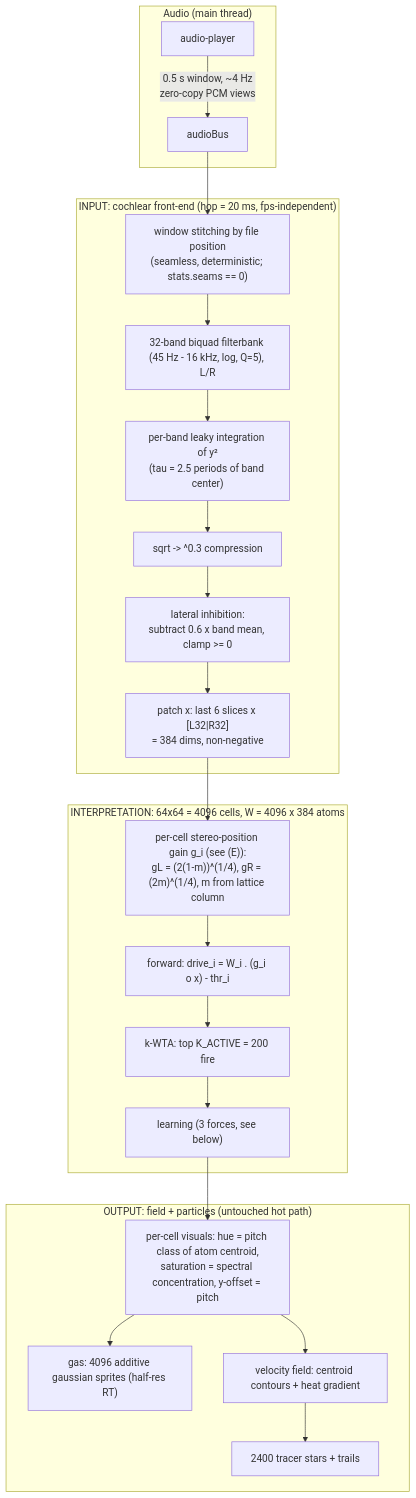
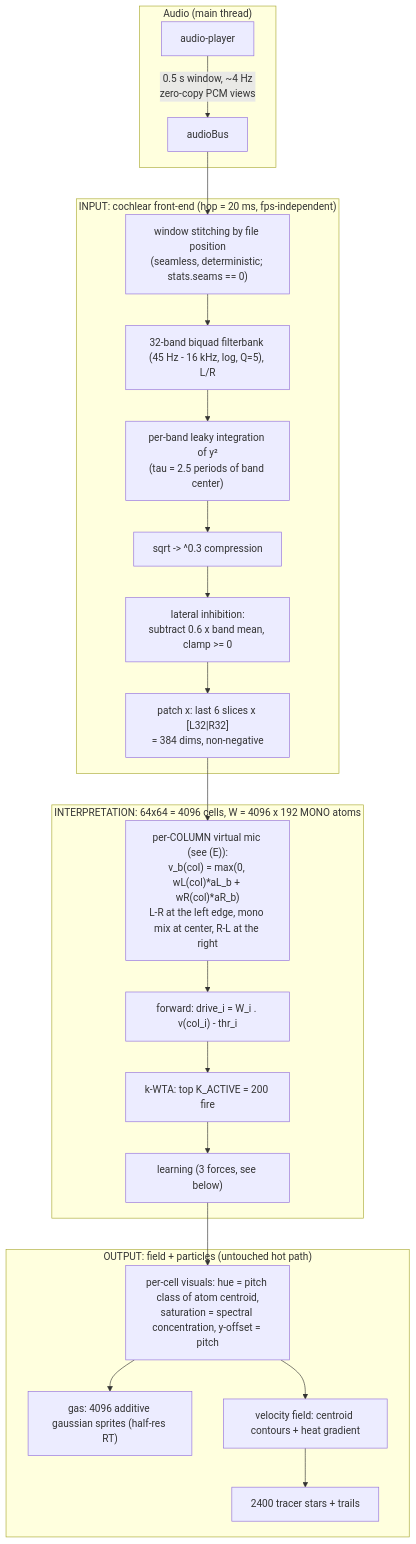
The first of 3 diagrams in docs/sparse-cortex.md (ContentsViewer/cloud-music-box), drawn with Mermaid before and after one commit. The commit also changed other lines of this file and 1 other file, not shown here.

Commit message:
test stereo

````diff
--- a/docs/sparse-cortex.md
+++ b/docs/sparse-cortex.md
@@ -20,26 +20,26 @@
 ```mermaid
 flowchart TD
     subgraph AUDIO["Audio (main thread)"]
         AP[audio-player] -->|"0.5 s window, ~4 Hz<br/>zero-copy PCM views"| BUS[audioBus]
     end
     subgraph INPUT["INPUT: cochlear front-end (hop = 20 ms, fps-independent)"]
         BUS --> STITCH["window stitching by file position<br/>(seamless, deterministic; stats.seams == 0)"]
         STITCH --> FB["32-band biquad filterbank (45 Hz - 16 kHz, log, Q=5), L/R"]
         FB --> ENV["per-band leaky integration of y²<br/>(tau = 2.5 periods of band center)"]
         ENV --> CMP["sqrt -> ^0.3 compression"]
         CMP --> SHARP["lateral inhibition:<br/>subtract 0.6 x band mean, clamp >= 0"]
         SHARP --> PATCH["patch x: last 6 slices x [L32|R32]<br/>= 384 dims, non-negative"]
     end
-    subgraph INTERP["INTERPRETATION: 64x64 = 4096 cells, W = 4096 x 384 atoms"]
-        PATCH --> GAIN["per-cell stereo-position gain g_i (see (E)):<br/>gL = (2(1-m))^(1/4), gR = (2m)^(1/4), m from lattice column"]
-        GAIN --> FWD["forward: drive_i = W_i . (g_i o x) - thr_i"]
+    subgraph INTERP["INTERPRETATION: 64x64 = 4096 cells, W = 4096 x 192 MONO atoms"]
+        PATCH --> GAIN["per-COLUMN virtual mic (see (E)):<br/>v_b(col) = max(0, wL(col)*aL_b + wR(col)*aR_b)<br/>L-R at the left edge, mono mix at center, R-L at the right"]
+        GAIN --> FWD["forward: drive_i = W_i . v(col_i) - thr_i"]
         FWD --> KWTA["k-WTA: top K_ACTIVE = 200 fire"]
         KWTA --> LEARN["learning (3 forces, see below)"]
     end
     subgraph OUTPUT["OUTPUT: field + particles (untouched hot path)"]
         LEARN --> VIS["per-cell visuals: hue = pitch class of atom centroid,<br/>saturation = spectral concentration, y-offset = pitch"]
         VIS --> GAS["gas: 4096 additive gaussian sprites (half-res RT)"]
         VIS --> FLOW["velocity field: centroid contours + heat gradient"]
         FLOW --> STARS["2400 tracer stars + trails"]
     end
 ```
````
